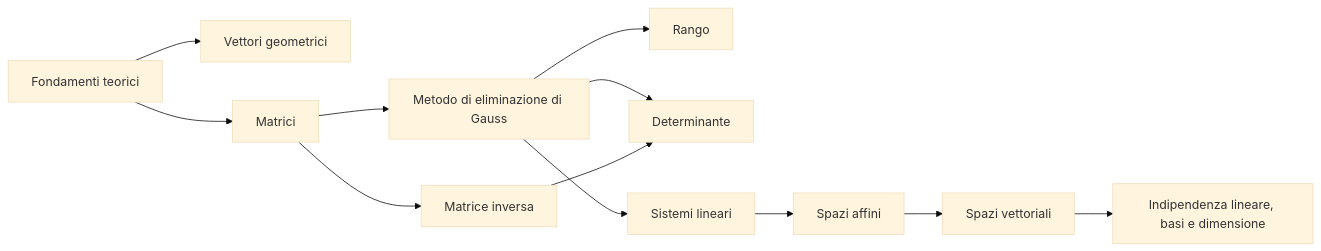
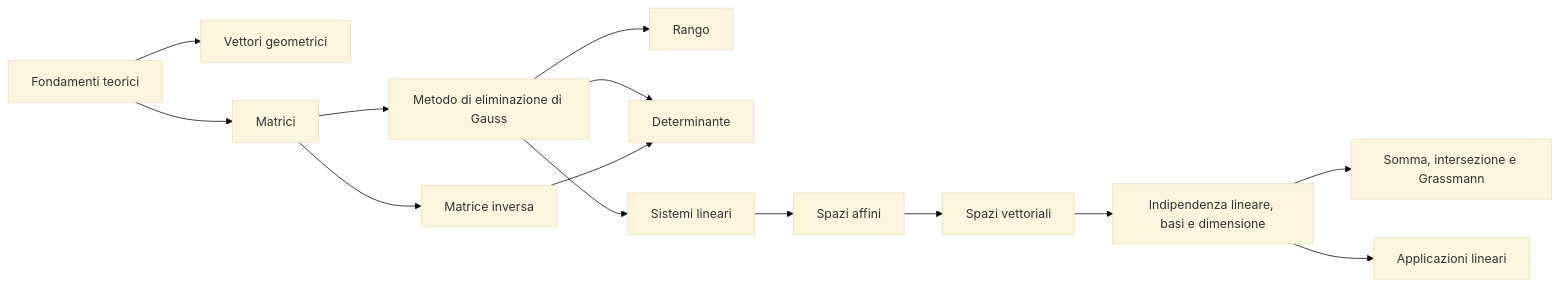
The diagram in 2026-2027/20_Geometria_Algebra_Lineare/00_MOC_GAL.md (rikytomasoni-pixel/Studio), drawn with Mermaid (base theme) before and after one commit. The commit also changed other lines of this file and 46 other files, not shown here.

````diff
--- a/2026-2027/20_Geometria_Algebra_Lineare/00_MOC_GAL.md
+++ b/2026-2027/20_Geometria_Algebra_Lineare/00_MOC_GAL.md
@@ -12,14 +12,16 @@
 ```mermaid
 flowchart LR
     A[Fondamenti teorici] --> B[Vettori geometrici]
     A --> C[Matrici]
     C --> D[Matrice inversa]
     C --> E[Metodo di eliminazione di Gauss]
     E --> F[Rango]
     E --> G[Determinante]
     D --> G
     E --> H[Sistemi lineari]
     H --> I[Spazi affini]
     I --> J[Spazi vettoriali]
     J --> K[Indipendenza lineare, basi e dimensione]
+    K --> L[Somma, intersezione e Grassmann]
+    K --> M[Applicazioni lineari]
 ```
````
